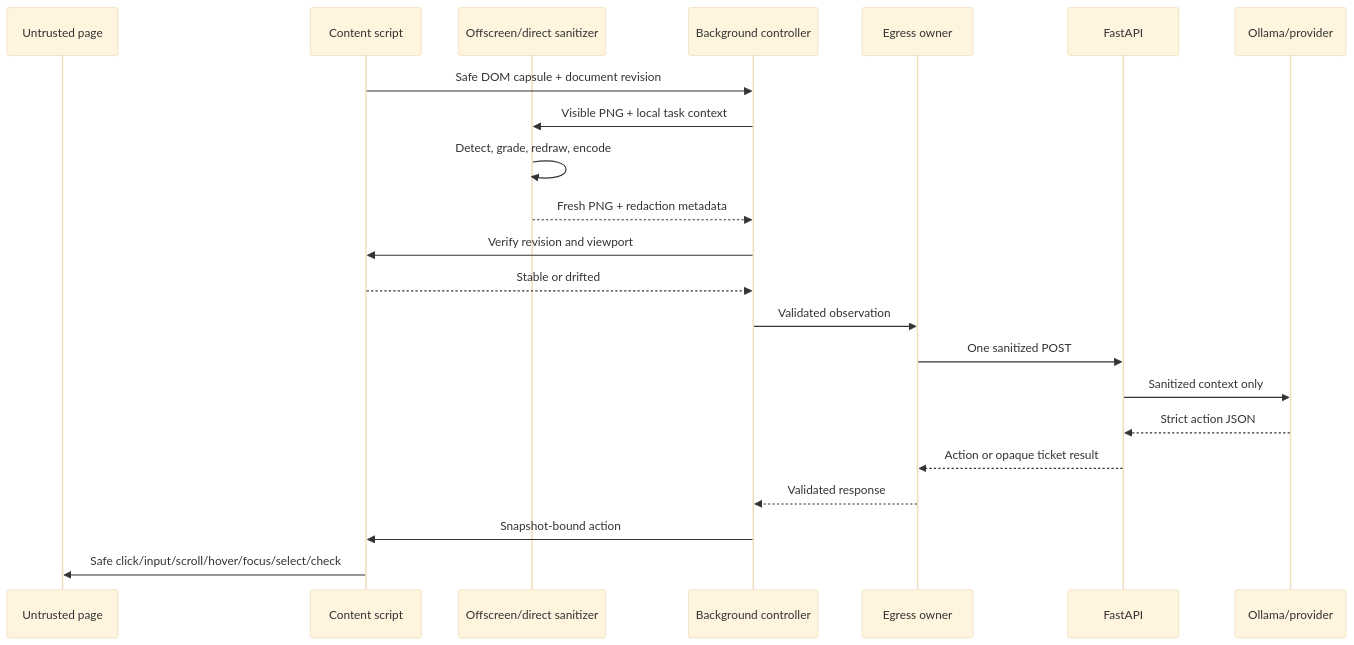
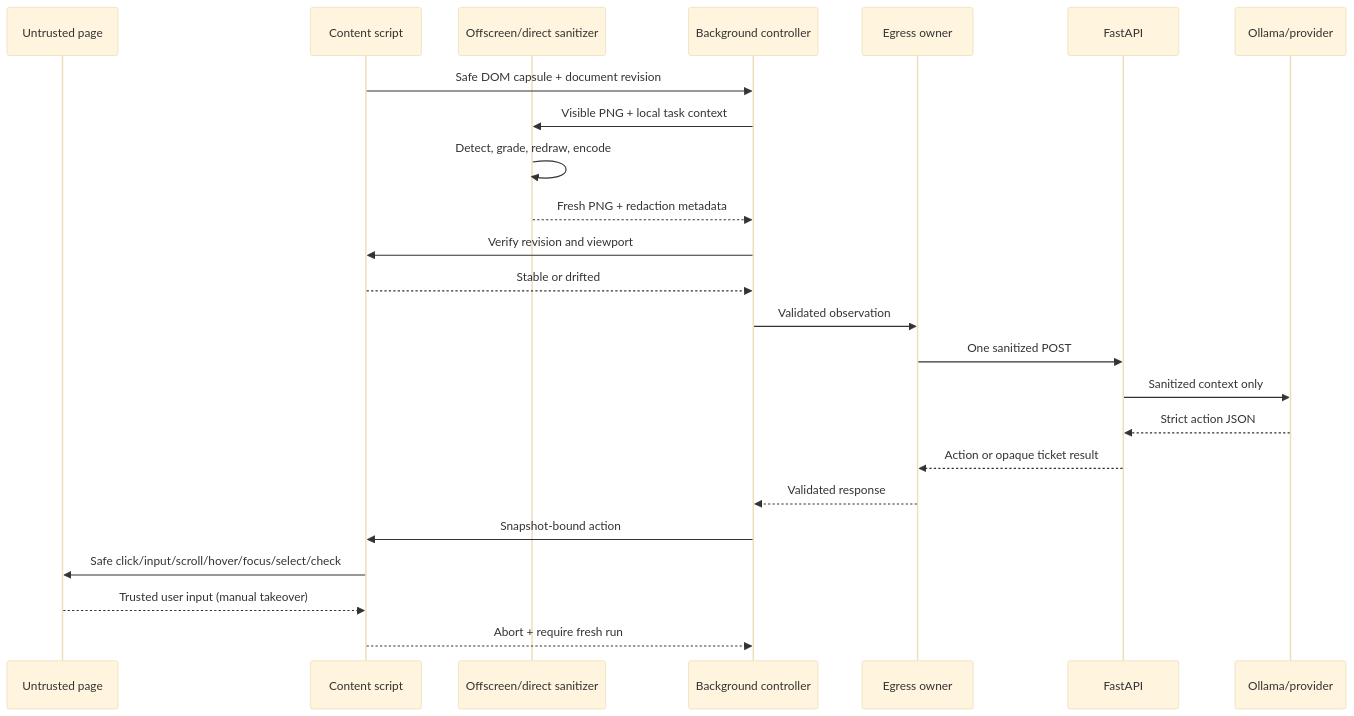
The second of 5 diagrams in ARCHITECTURE.md (Rohinth-S/NAYAN), drawn with Mermaid (base theme) before and after one commit. The commit also changed other lines of this file and 37 other files, not shown here.

````diff
--- a/ARCHITECTURE.md
+++ b/ARCHITECTURE.md
@@ -43,25 +45,27 @@
 ```mermaid
 sequenceDiagram
     participant Page as Untrusted page
     participant CS as Content script
     participant Local as Offscreen/direct sanitizer
     participant BG as Background controller
     participant E as Egress owner
     participant API as FastAPI
     participant Model as Ollama/provider
 
     CS->>BG: Safe DOM capsule + document revision
     BG->>Local: Visible PNG + local task context
     Local->>Local: Detect, grade, redraw, encode
     Local-->>BG: Fresh PNG + redaction metadata
     BG->>CS: Verify revision and viewport
     CS-->>BG: Stable or drifted
     BG->>E: Validated observation
     E->>API: One sanitized POST
     API->>Model: Sanitized context only
     Model-->>API: Strict action JSON
     API-->>E: Action or opaque ticket result
     E-->>BG: Validated response
     BG->>CS: Snapshot-bound action
     CS->>Page: Safe click/input/scroll/hover/focus/select/check
+    Page-->>CS: Trusted user input (manual takeover)
+    CS-->>BG: Abort + require fresh run
 ```
````
